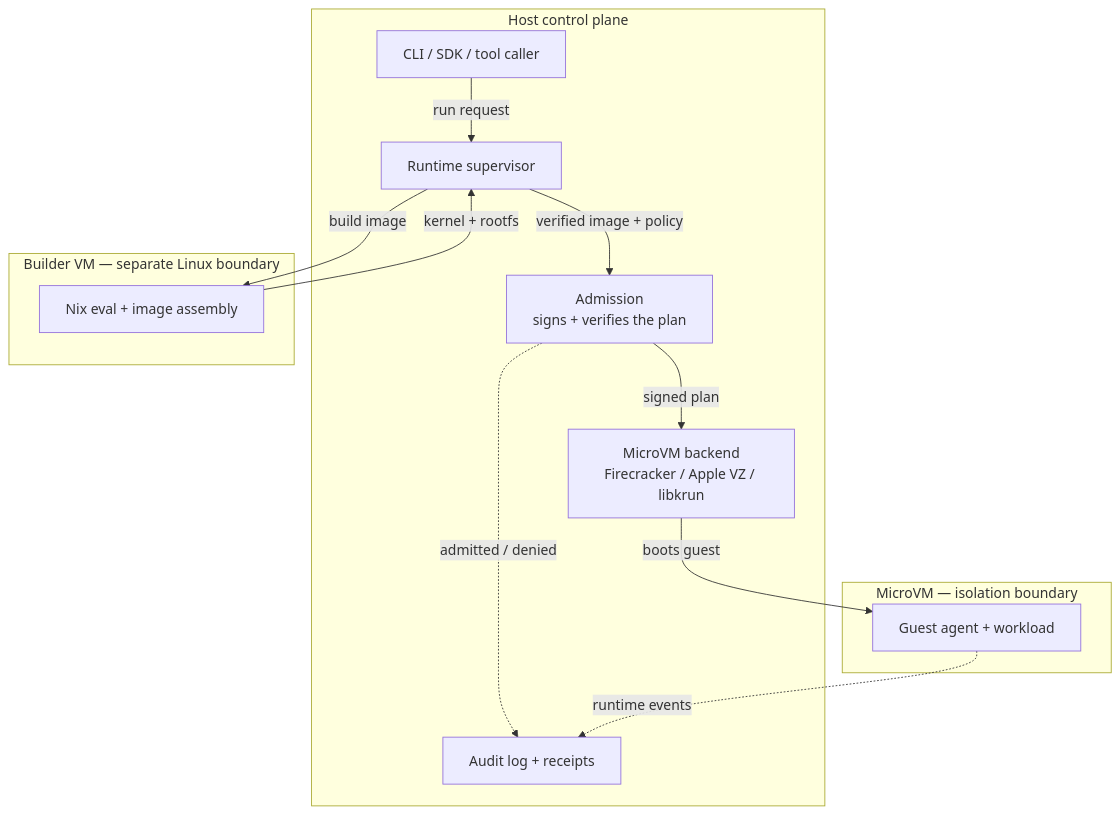
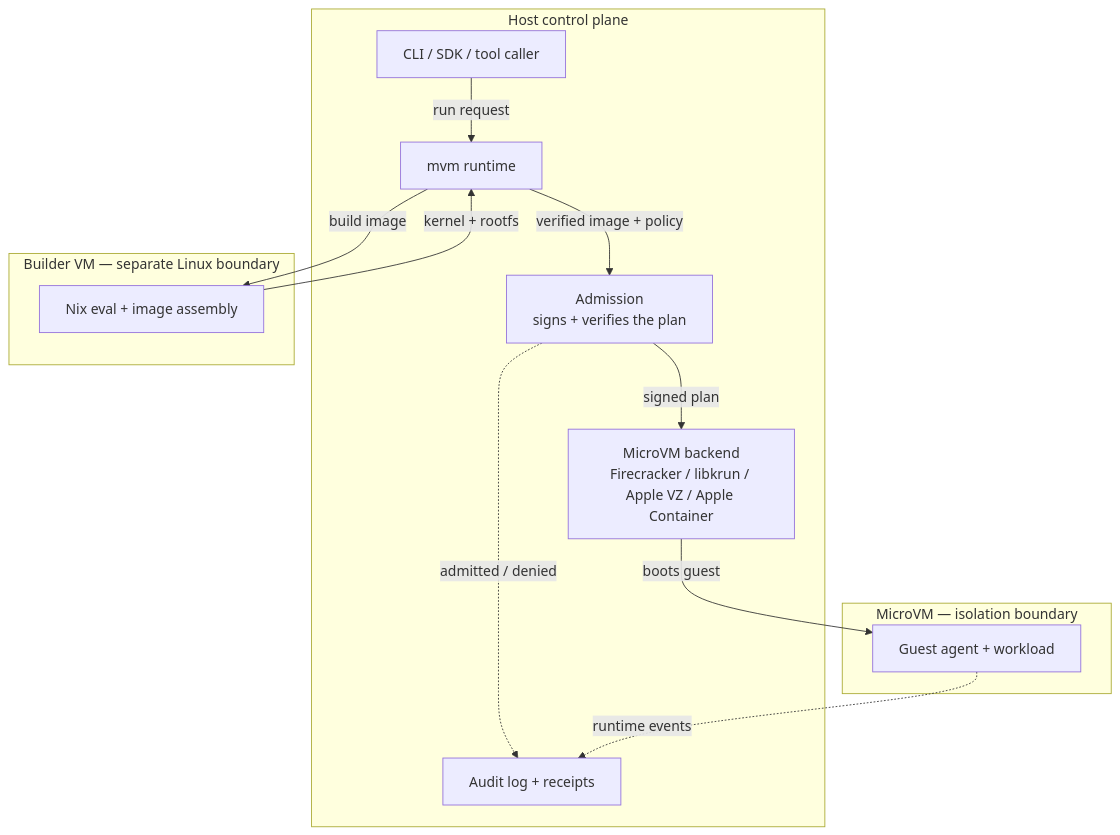
Before and after one commit to tinylabscom/mvm: the third of 3 diagrams in public/src/content/blog/secure-by-design-microvms-and-nix.md, drawn with Mermaid. The commit also changed other lines of this file, not shown here.

Commit message:
Updated the secure-by-design blog post

````diff
--- a/public/src/content/blog/secure-by-design-microvms-and-nix.md
+++ b/public/src/content/blog/secure-by-design-microvms-and-nix.md
@@ -100,27 +100,27 @@
 ```mermaid
 flowchart TB
   subgraph host["Host control plane"]
     User["CLI / SDK / tool caller"]
-    Runtime["Runtime supervisor"]
+    Runtime["mvm runtime"]
     Admission["Admission<br/>signs + verifies the plan"]
-    Backend["MicroVM backend<br/>Firecracker / Apple VZ / libkrun"]
+    Backend["MicroVM backend<br/>Firecracker / libkrun / Apple VZ / Apple Container"]
     Audit["Audit log + receipts"]
   end
 
   subgraph builder["Builder VM — separate Linux boundary"]
     Build["Nix eval + image assembly"]
   end
 
   subgraph micro["MicroVM — isolation boundary"]
     Guest["Guest agent + workload"]
   end
 
   User -->|"run request"| Runtime
   Runtime -->|"build image"| Build
   Build -->|"kernel + rootfs"| Runtime
   Runtime -->|"verified image + policy"| Admission
   Admission -->|"signed plan"| Backend
   Backend -->|"boots guest"| Guest
   Admission -.->|"admitted / denied"| Audit
   Guest -.->|"runtime events"| Audit
 ```
````
